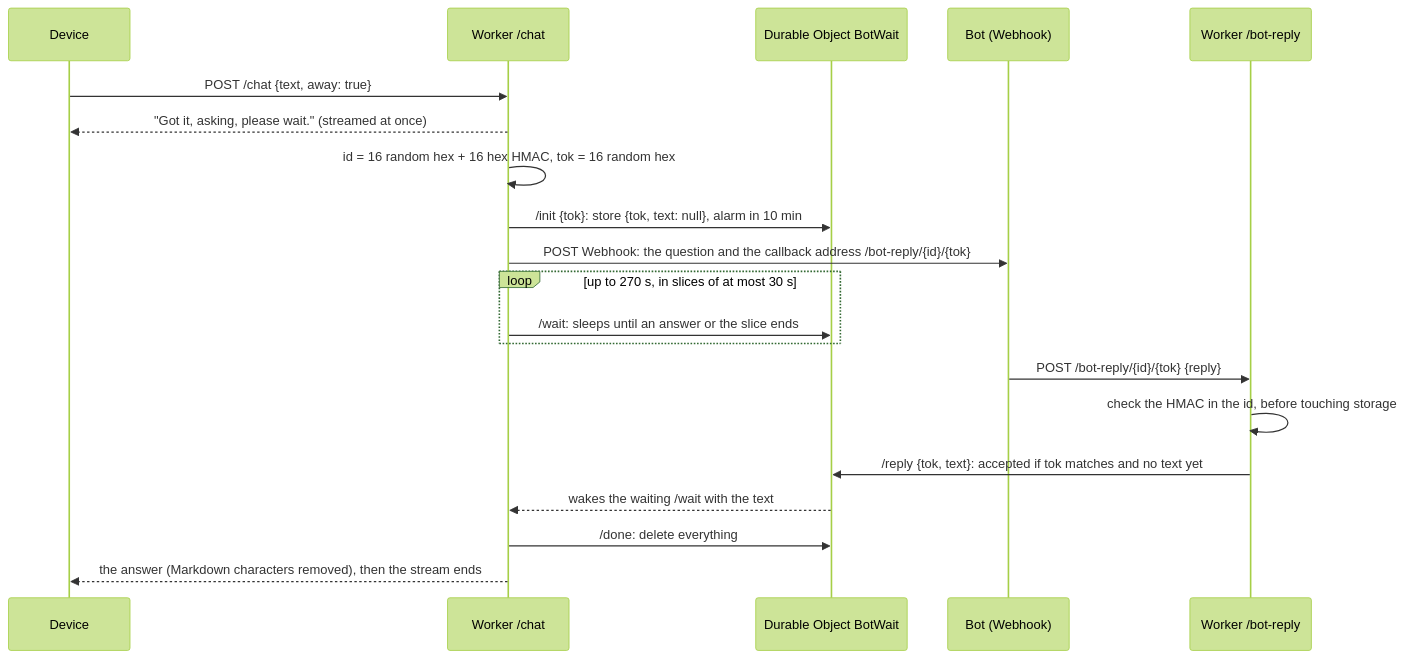
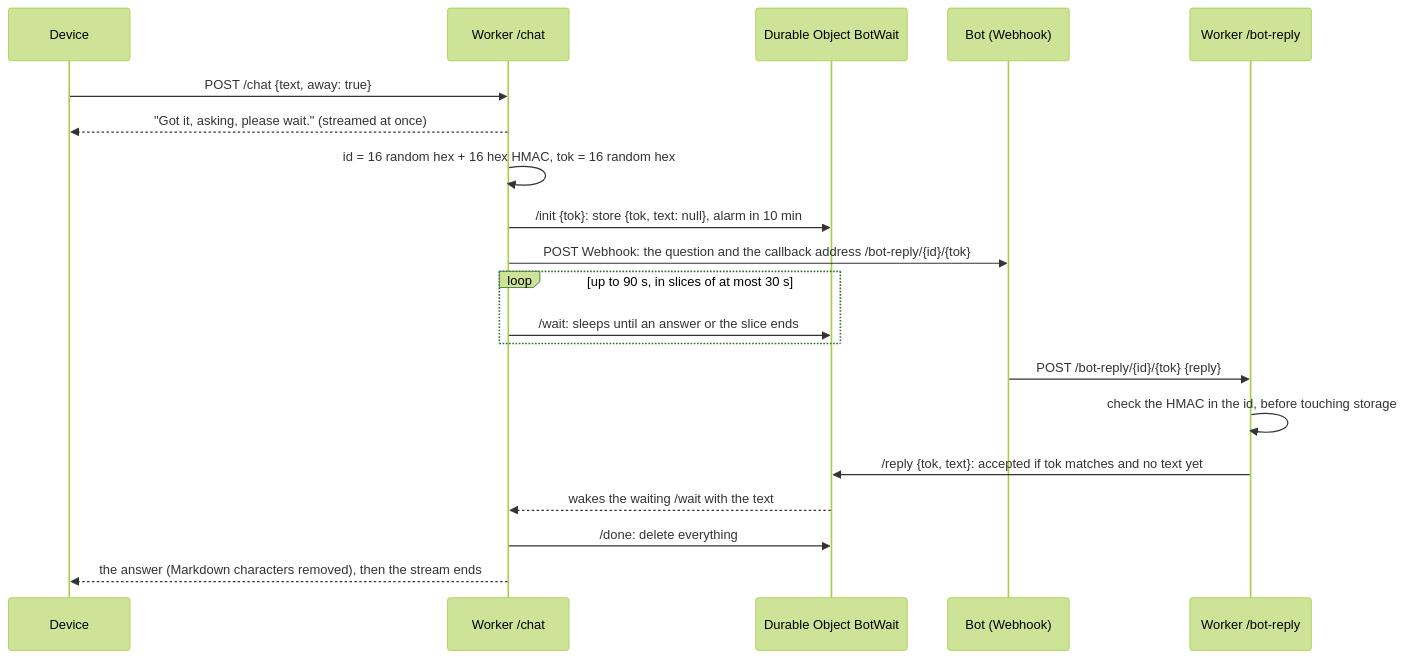
The diagram in docs/GROK-BOT.md (burndown/esp32-twinmate), drawn with Mermaid (forest theme) before and after one commit. The commit also changed other lines of this file and 2 other files, not shown here.

````diff
--- a/docs/GROK-BOT.md
+++ b/docs/GROK-BOT.md
@@ -31,22 +31,22 @@
 ```mermaid
 sequenceDiagram
   participant D as Device
   participant W as Worker /chat
   participant O as Durable Object BotWait
   participant B as Bot (Webhook)
   participant C as Worker /bot-reply
   D->>W: POST /chat {text, away: true}
   W-->>D: "Got it, asking, please wait." (streamed at once)
   W->>W: id = 16 random hex + 16 hex HMAC, tok = 16 random hex
   W->>O: /init {tok}: store {tok, text: null}, alarm in 10 min
   W->>B: POST Webhook: the question and the callback address /bot-reply/{id}/{tok}
-  loop up to 270 s, in slices of at most 30 s
+  loop up to 90 s, in slices of at most 30 s
     W->>O: /wait: sleeps until an answer or the slice ends
   end
   B->>C: POST /bot-reply/{id}/{tok} {reply}
   C->>C: check the HMAC in the id, before touching storage
   C->>O: /reply {tok, text}: accepted if tok matches and no text yet
   O-->>W: wakes the waiting /wait with the text
   W->>O: /done: delete everything
   W-->>D: the answer (Markdown characters removed), then the stream ends
 ```
````
